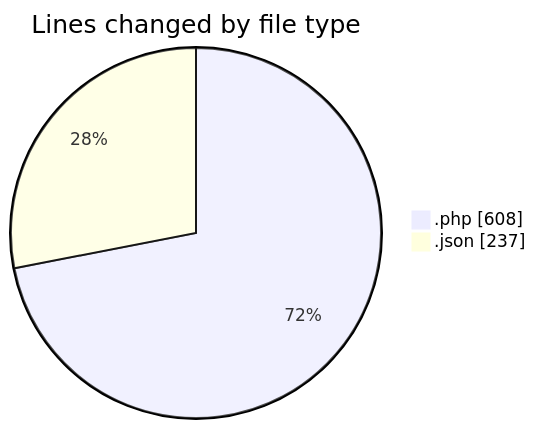
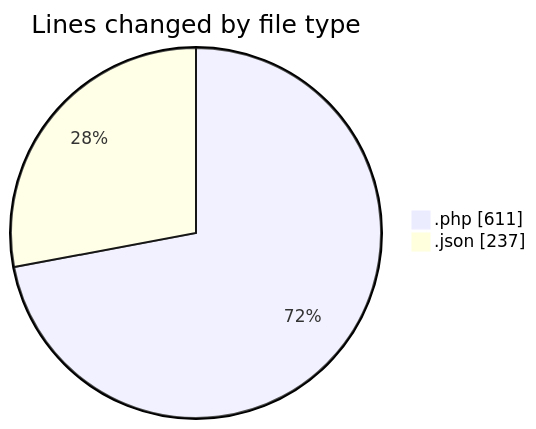
Before and after one commit to idhammustaqopulfikri/code-tracking: the first of 2 diagrams in 2025-06-16/studio-backend/README.md, drawn with Mermaid. The commit also changed other lines of this file and 1 other file, not shown here.

````diff
--- a/2025-06-16/studio-backend/README.md
+++ b/2025-06-16/studio-backend/README.md
@@ -23,6 +23,6 @@
 ```mermaid
 pie showData
 title Lines changed by file type
-".php" : 608
+".php" : 611
 ".json" : 237
 ```
````
